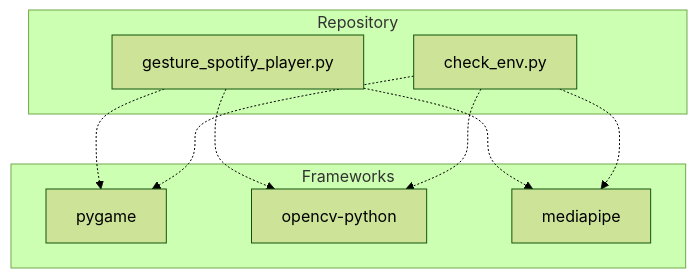
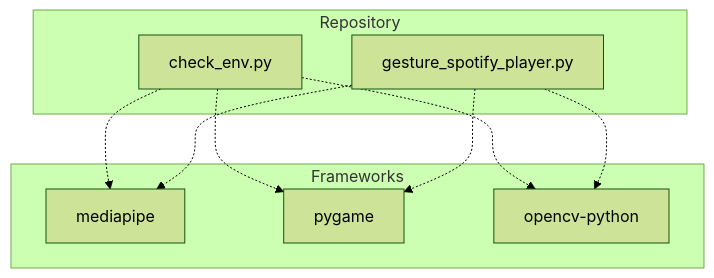
Before and after one commit to NITISH-R-G/PalmPlay1: the first of 2 diagrams in README.md, drawn with Mermaid (forest theme). The commit also changed other lines of this file and 3 other files, not shown here.

Commit message:
docs: update repository documentation and diagrams [skip ci]

````diff
--- a/README.md
+++ b/README.md
@@ -39,20 +39,20 @@
 ```mermaid
 graph TD
     subgraph Repository
+        check_env_py[check_env.py]
         gesture_spotify_player_py[gesture_spotify_player.py]
-        check_env_py[check_env.py]
+        click check_env_py href "https://github.com/NITISH-R-G/PalmPlay1/blob/main/check_env.py" "View source code"
         click gesture_spotify_player_py href "https://github.com/NITISH-R-G/PalmPlay1/blob/main/gesture_spotify_player.py" "View source code"
-        click check_env_py href "https://github.com/NITISH-R-G/PalmPlay1/blob/main/check_env.py" "View source code"
     end
     subgraph Frameworks
+        fw_mediapipe[mediapipe]
         fw_pygame[pygame]
         fw_opencv_python[opencv-python]
-        fw_mediapipe[mediapipe]
     end
+    check_env_py -.-> fw_mediapipe
+    check_env_py -.-> fw_pygame
+    check_env_py -.-> fw_opencv_python
+    gesture_spotify_player_py -.-> fw_mediapipe
     gesture_spotify_player_py -.-> fw_pygame
     gesture_spotify_player_py -.-> fw_opencv_python
-    gesture_spotify_player_py -.-> fw_mediapipe
-    check_env_py -.-> fw_pygame
-    check_env_py -.-> fw_opencv_python
-    check_env_py -.-> fw_mediapipe
 ```
````
